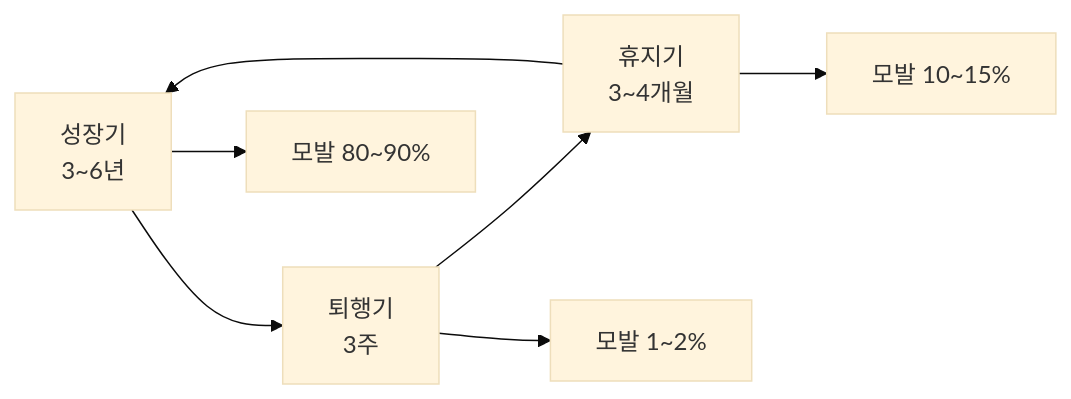
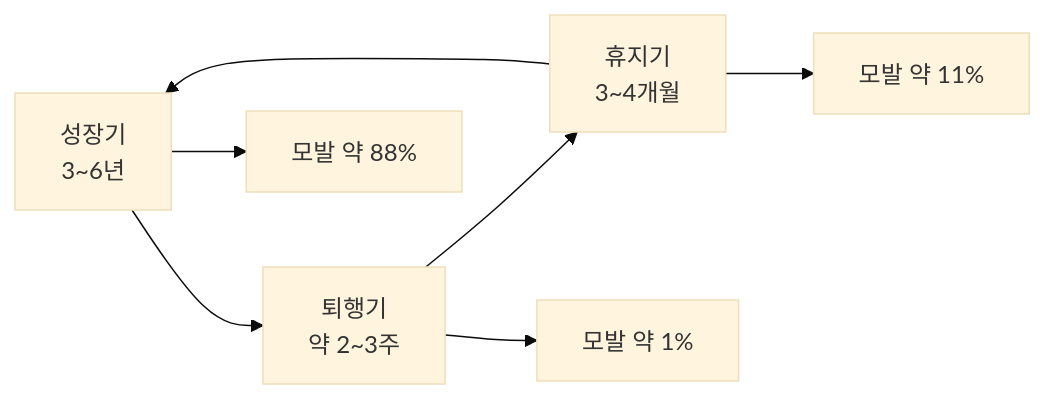
Before and after one commit to skygoldlee-cyber/passok: the fourth of 6 diagrams in content/exams/cosmetic/참조자료/과목4/4과목_핵심정리_40문항.md, drawn with Mermaid (base theme). The commit also changed other lines of this file and 13 other files, not shown here.

````diff
--- a/content/exams/cosmetic/참조자료/과목4/4과목_핵심정리_40문항.md
+++ b/content/exams/cosmetic/참조자료/과목4/4과목_핵심정리_40문항.md
@@ -83,9 +83,9 @@
 ```mermaid
 flowchart LR
-  A[성장기<br/>3~6년] --> B[퇴행기<br/>3주]
+  A[성장기<br/>3~6년] --> B[퇴행기<br/>약 2~3주]
   B --> C[휴지기<br/>3~4개월]
   C --> A
-  A --> A1[모발 80~90%]
-  B --> B1[모발 1~2%]
-  C --> C1[모발 10~15%]
+  A --> A1[모발 약 88%]
+  B --> B1[모발 약 1%]
+  C --> C1[모발 약 11%]
 ```
````
